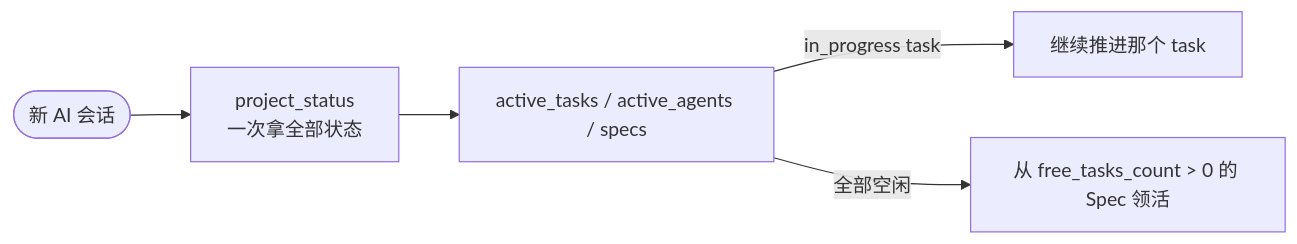
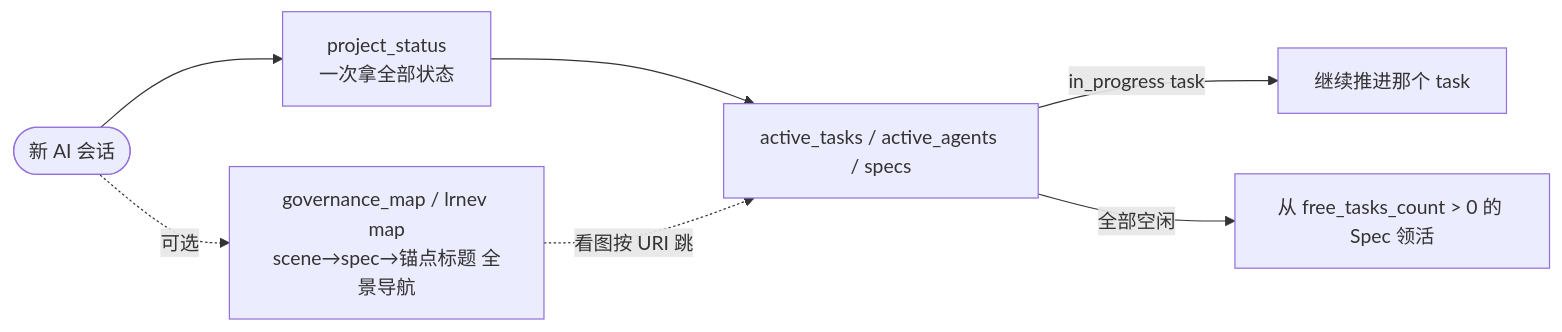
One commit to LuChangQiu/lrnev-govern changed the second of 2 diagrams in README.md. Above: the diagram before and after it, drawn with Mermaid. The commit also changed other lines of this file and 7 other files, not shown here.

````diff
--- a/README.md
+++ b/README.md
@@ -263,7 +267,9 @@
 ```mermaid
 flowchart LR
   Resume([新 AI 会话]) --> Status[project_status\n一次拿全部状态]
+  Resume -.可选.-> Map[governance_map / lrnev map\nscene→spec→锚点标题 全景导航]
   Status --> Read[active_tasks / active_agents / specs]
+  Map -.看图按 URI 跳.-> Read
   Read -->|in_progress task| Continue[继续推进那个 task]
   Read -->|全部空闲| New[从 free_tasks_count > 0 的 Spec 领活]
 ```
````
